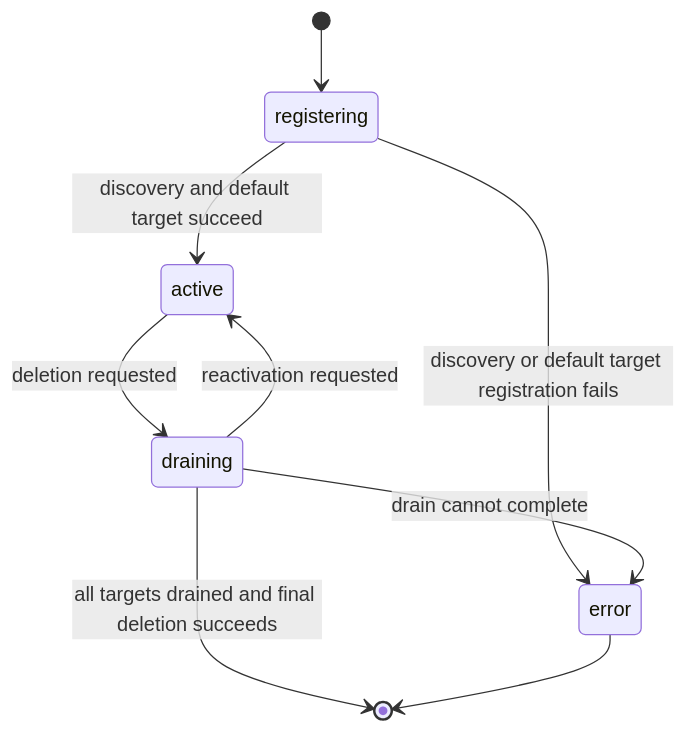
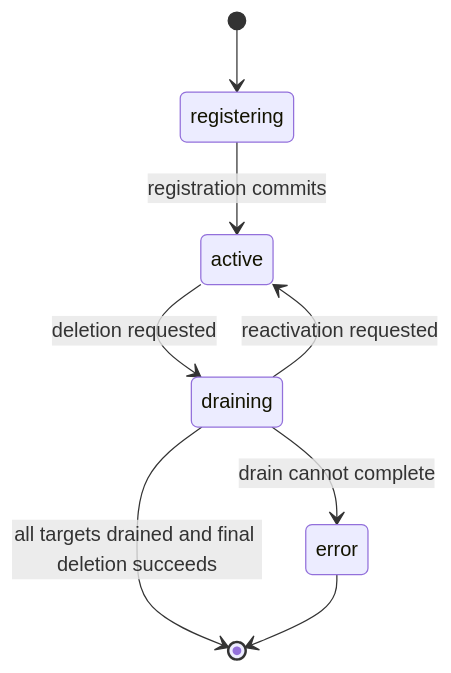
The eighth of 10 diagrams in docs/architecture.md (syntara-orchestration/syntara-execution-plane), drawn with Mermaid before and after one commit. The commit also changed other lines of this file and 20 other files, not shown here.

````diff
--- a/docs/architecture.md
+++ b/docs/architecture.md
@@ -269,11 +268,10 @@
 ```mermaid
 stateDiagram-v2
     [*] --> registering
-    registering --> active : discovery and default target succeed
-    registering --> error : discovery or default target registration fails
+    registering --> active : registration commits
     active --> draining : deletion requested
     draining --> active : reactivation requested
     draining --> error : drain cannot complete
     draining --> [*] : all targets drained and final deletion succeeds
     error --> [*]
 ```
````
